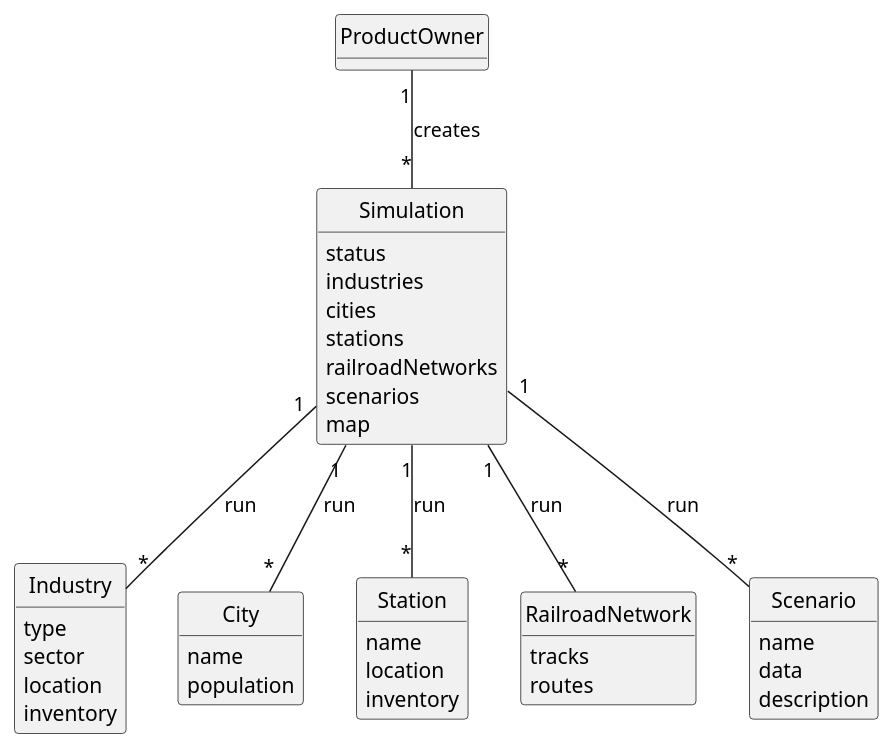
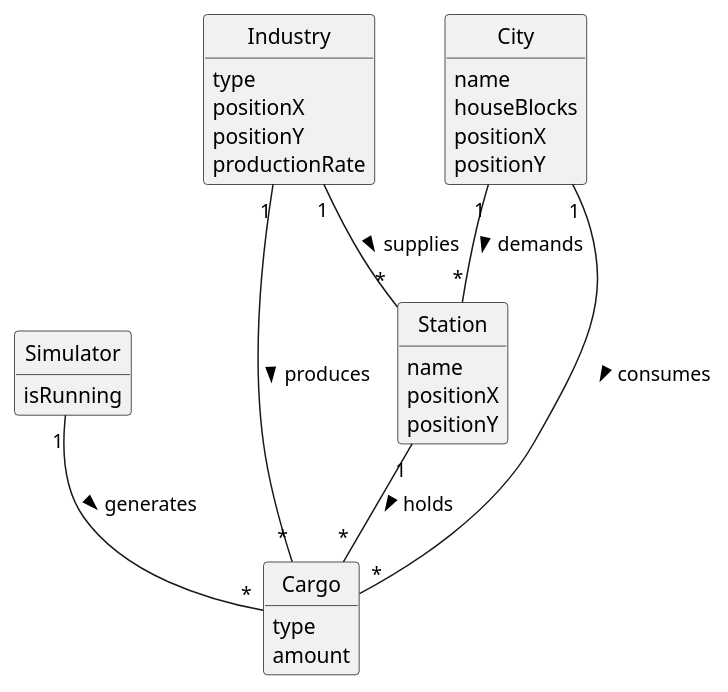
One commit to 1240826/empire-on-tracks changed the diagram in docs/system-documentation/US012/02.analysis/puml/US012-DM.puml. Above: the diagram before and after it, drawn with PlantUML. The commit also changed 5 other files, not shown here.

```diff
--- a/docs/system-documentation/US012/02.analysis/puml/US012-DM.puml
+++ b/docs/system-documentation/US012/02.analysis/puml/US012-DM.puml
@@ -1,67 +1,54 @@
 @startuml
 skinparam monochrome true
 skinparam packageStyle rectangle
 skinparam shadowing false
-
-'left to right direction
-
 skinparam classAttributeIconSize 0
-
 hide circle
 hide methods
 
-'title Domain Model
+'title US12 - Cargo Generation Simulator (Domain Model)
 
-class ProductOwner {
-
+class Simulator {
+    isRunning
+    start()
+    pause()
+    generateCargo()
 }
 
-class Simulation {
-    status
-    industries
-    cities
-    stations
-    railroadNetworks
-    scenarios
-    map
+class Station {
+    name
+    positionX
+    positionY
 }
 
 class Industry {
     type
-    sector
-    location
-    inventory
+    positionX
+    positionY
+    productionRate
 }
 
 class City {
     name
-    population
+    houseBlocks
+    positionX
+    positionY
 }
 
-class Station {
-    name
-    location
-    inventory
+class Cargo {
+    type
+    amount
+
 }
 
-class RailroadNetwork {
+' --- Relacionamentos ---
+Simulator "1" -- "*" Cargo : generates >
+Station "1" -- "*" Cargo : holds >
 
-    tracks
-    routes
-}
+Industry "1" -- "*" Station : supplies >
+City "1" -- "*" Station : demands >
 
-class Scenario {
-    name
-    data
-    description
-}
-
-ProductOwner "1" -- "*" Simulation : creates
-Simulation "1" -- "*" Industry : run
-Simulation "1" -- "*" City : run
-Simulation "1" -- "*" Station : run
-Simulation "1" -- "*" RailroadNetwork : run
-Simulation "1" -- "*" Scenario : run
-
+Industry "1" -- "*" Cargo : produces >
+City "1" -- "*" Cargo : consumes >
 
 @enduml
```
